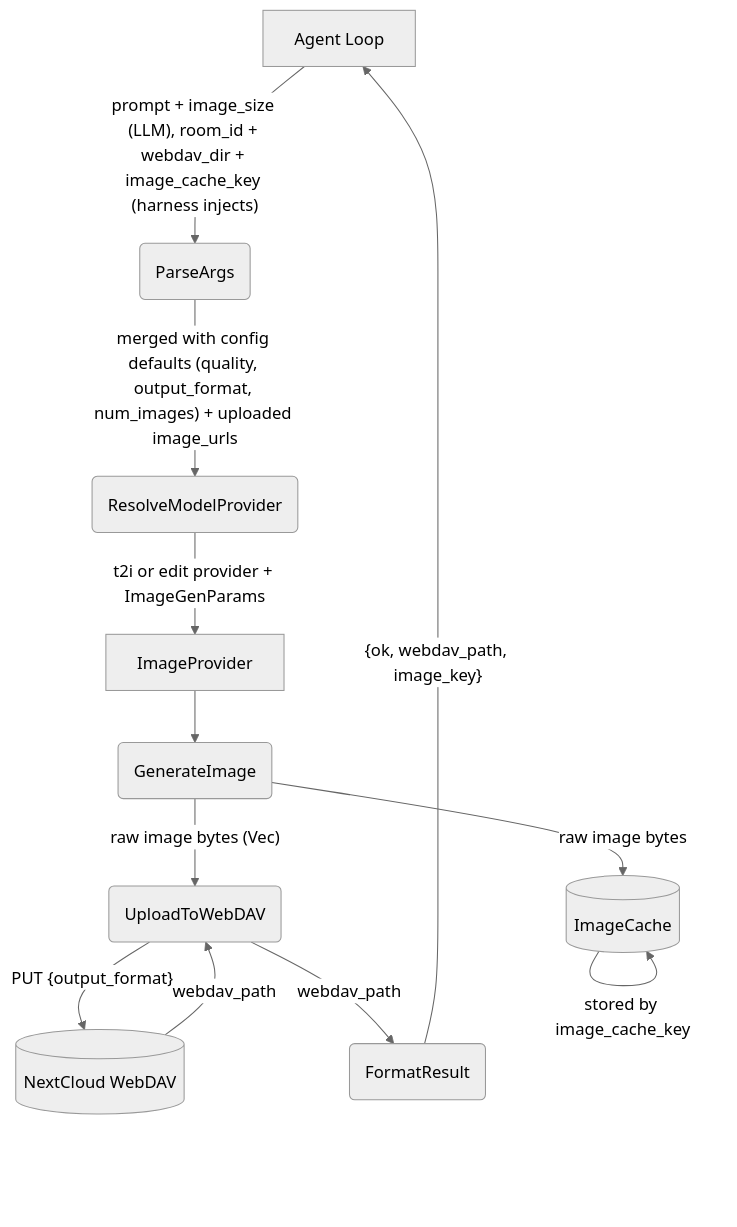
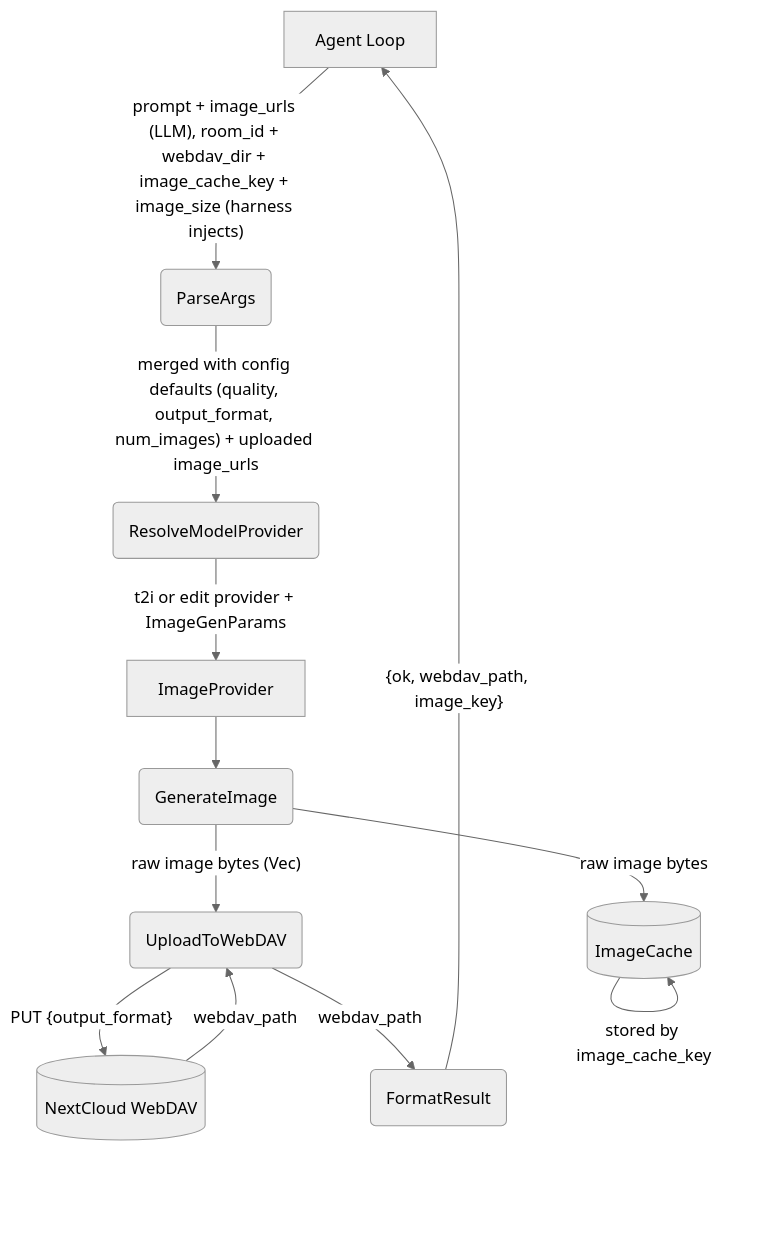
The first of 4 diagrams in _dfds/tools/image-gen.md (cosmoswafer/rockbot), drawn with Mermaid (neutral theme) before and after one commit. The commit also changed other lines of this file and 5 other files, not shown here.

First line of the commit message:
docs: deep DFD audit — fix 3 broken mermaid, 6 accuracy gaps

````diff
--- a/_dfds/tools/image-gen.md
+++ b/_dfds/tools/image-gen.md
@@ -25,24 +25,24 @@
 ```mermaid
 flowchart TD
     AGENT[Agent Loop]
     PARSE(ParseArgs)
     RESOLVE(ResolveModelProvider)
     PROVIDER[ImageProvider]
     GEN(GenerateImage)
     DAV_UPLOAD(UploadToWebDAV)
     DAV[(NextCloud WebDAV)]
     CACHE[(ImageCache)]
     FORMAT(FormatResult)
 
-    AGENT -->|"prompt + image_size (LLM), room_id + webdav_dir + image_cache_key (harness injects)"| PARSE
+    AGENT -->|"prompt + image_urls (LLM), room_id + webdav_dir + image_cache_key + image_size (harness injects)"| PARSE
     PARSE -->|"merged with config defaults (quality, output_format, num_images) + uploaded image_urls"| RESOLVE
     RESOLVE -->|"t2i or edit provider + ImageGenParams"| PROVIDER
     PROVIDER --> GEN
     GEN -->|"raw image bytes (Vec<u8>)"| DAV_UPLOAD
     DAV_UPLOAD -->|"PUT {output_format}"| DAV
     DAV -->|"webdav_path"| DAV_UPLOAD
     GEN -->|"raw image bytes"| CACHE
     CACHE -->|"stored by image_cache_key"| CACHE
     DAV_UPLOAD -->|"webdav_path"| FORMAT
     FORMAT -->|"{ok, webdav_path, image_key}"| AGENT
 ```
````
